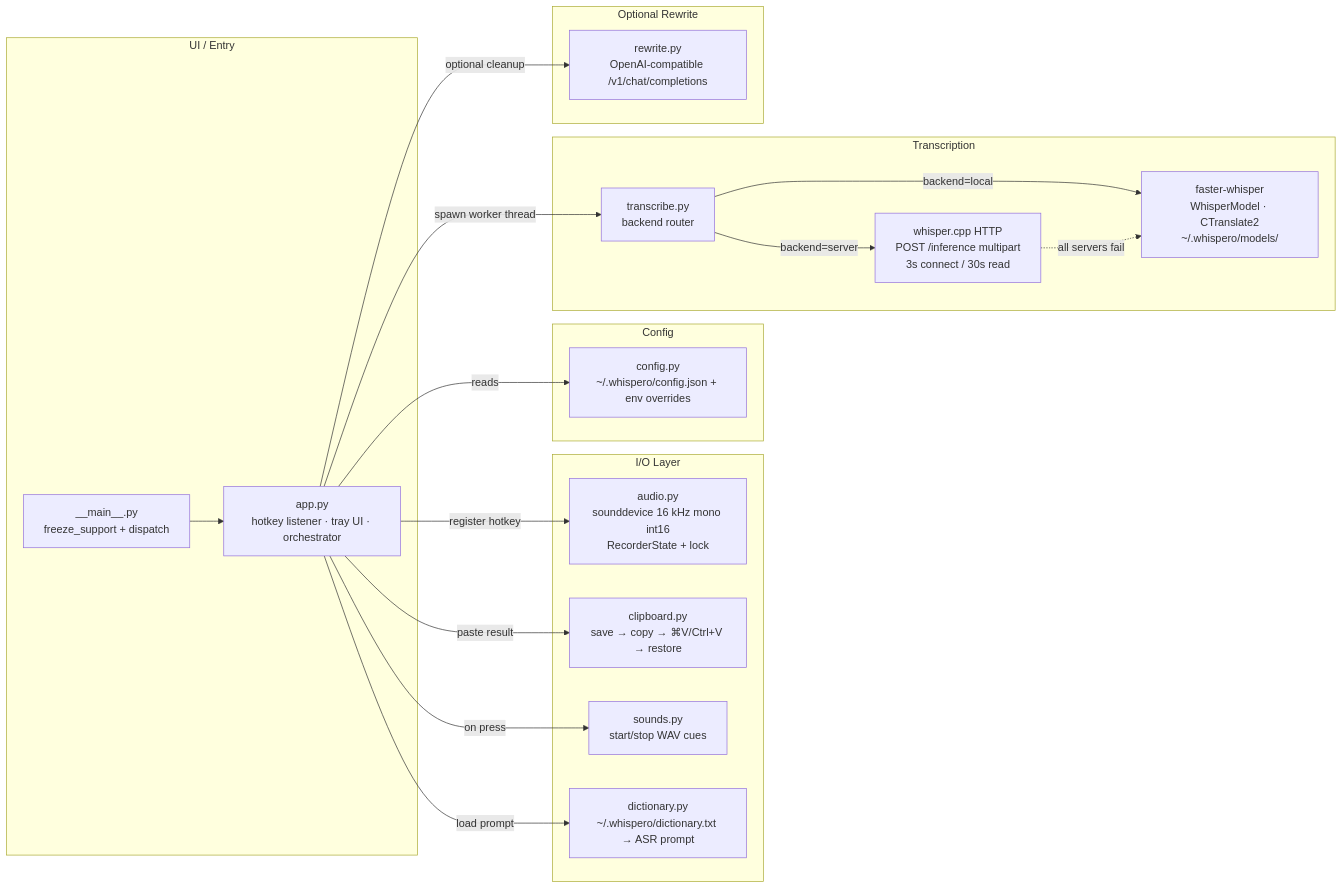
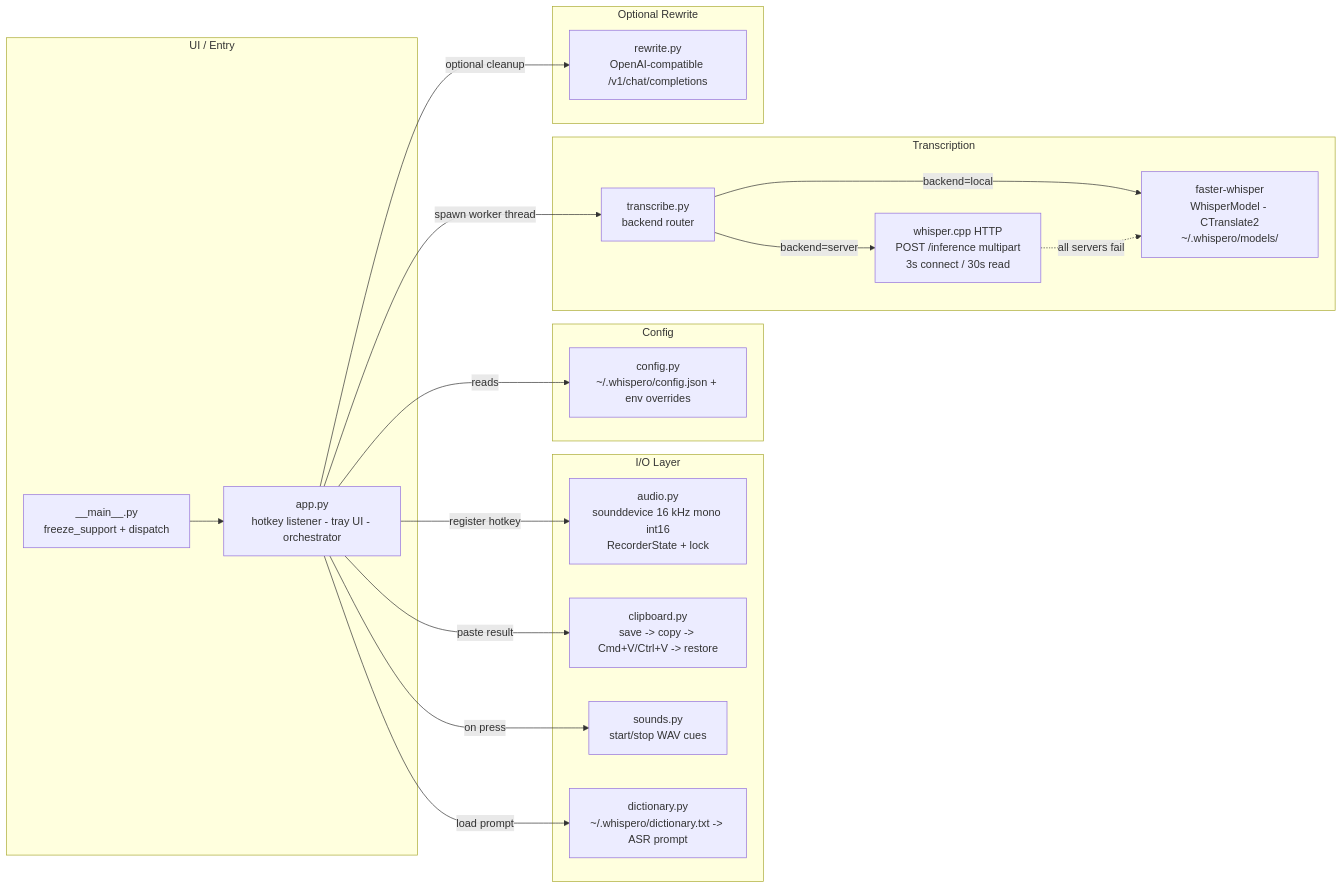
The first of 3 diagrams in README.md (ParkerCai/WhisperO), drawn with Mermaid before and after one commit. The commit also changed other lines of this file and 6 other files, not shown here.

````diff
--- a/README.md
+++ b/README.md
@@ -161,41 +161,41 @@
 ```mermaid
 flowchart LR
     subgraph UI["UI / Entry"]
       MAIN["__main__.py<br/>freeze_support + dispatch"]
-      APP["app.py<br/>hotkey listener · tray UI · orchestrator"]
+      APP["app.py<br/>hotkey listener - tray UI - orchestrator"]
     end
 
     subgraph IO["I/O Layer"]
       AUDIO["audio.py<br/>sounddevice 16 kHz mono int16<br/>RecorderState + lock"]
-      CLIP["clipboard.py<br/>save → copy → ⌘V/Ctrl+V → restore"]
+      CLIP["clipboard.py<br/>save -> copy -> Cmd+V/Ctrl+V -> restore"]
       SND["sounds.py<br/>start/stop WAV cues"]
-      DICT["dictionary.py<br/>~/.whispero/dictionary.txt → ASR prompt"]
+      DICT["dictionary.py<br/>~/.whispero/dictionary.txt -> ASR prompt"]
     end
 
     subgraph CFG["Config"]
       CONFIG["config.py<br/>~/.whispero/config.json + env overrides"]
     end
 
     subgraph ASR["Transcription"]
       TRANS["transcribe.py<br/>backend router"]
-      LOCAL["faster-whisper<br/>WhisperModel · CTranslate2<br/>~/.whispero/models/"]
+      LOCAL["faster-whisper<br/>WhisperModel - CTranslate2<br/>~/.whispero/models/"]
       SERVER["whisper.cpp HTTP<br/>POST /inference multipart<br/>3s connect / 30s read"]
     end
 
     subgraph LLM["Optional Rewrite"]
       RW["rewrite.py<br/>OpenAI-compatible /v1/chat/completions"]
     end
 
     MAIN --> APP
     APP -->|reads| CONFIG
     APP -->|register hotkey| AUDIO
     APP -->|on press| SND
     APP -->|load prompt| DICT
     APP -->|spawn worker thread| TRANS
     APP -->|paste result| CLIP
     APP -->|optional cleanup| RW
 
     TRANS -->|backend=local| LOCAL
     TRANS -->|backend=server| SERVER
     SERVER -.->|all servers fail| LOCAL
 ```
````
